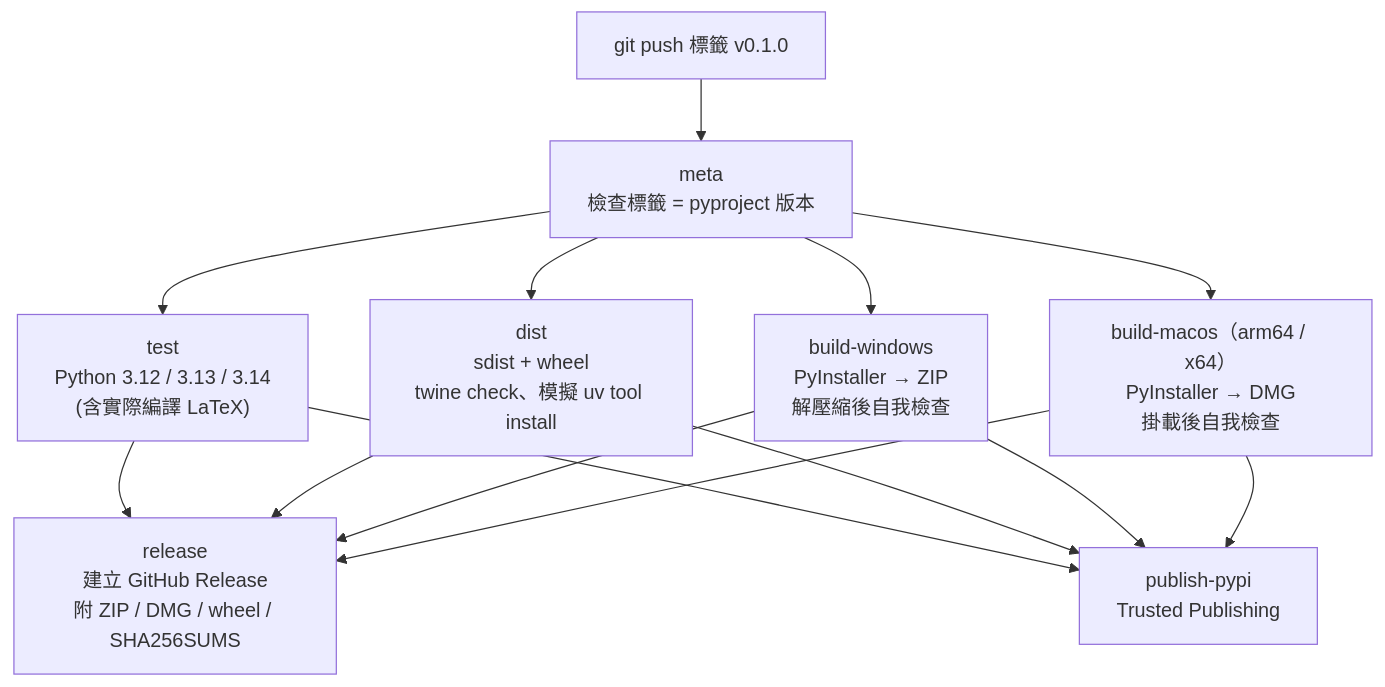
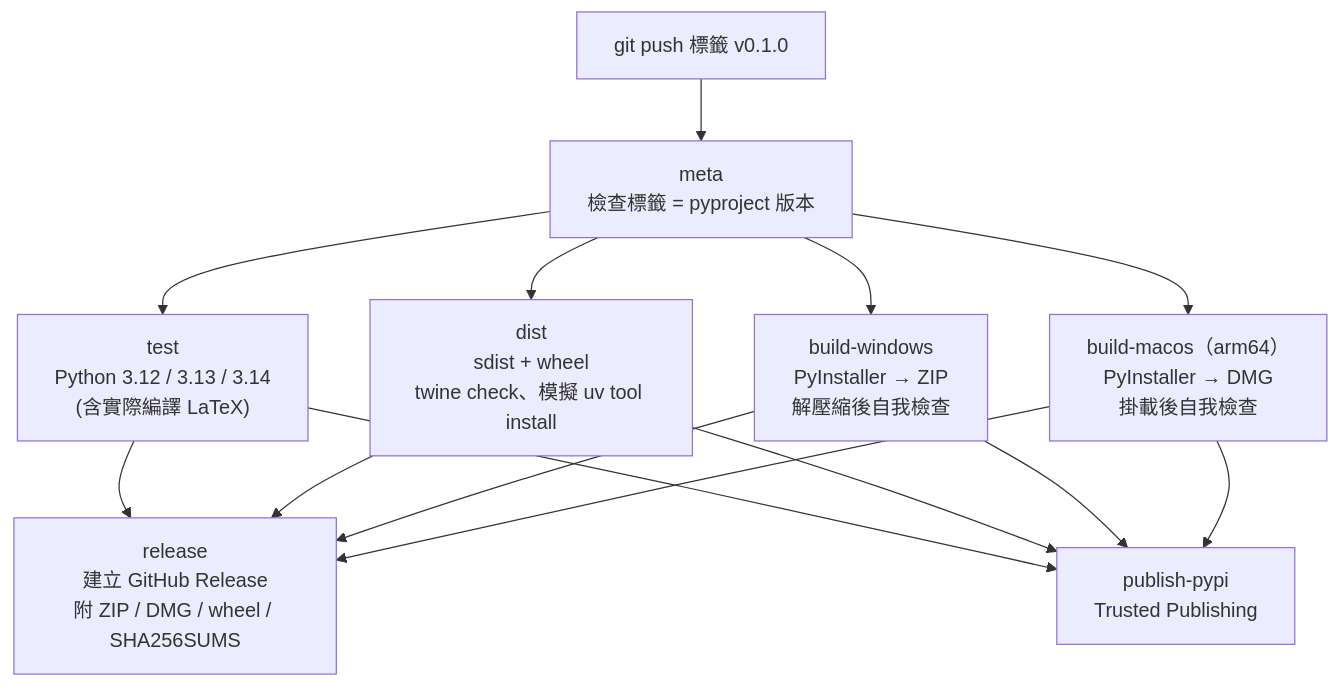
Before and after one commit to codemee/mathtran: the diagram in docs/zh-TW/releasing.md, drawn with Mermaid. The commit also changed other lines of this file and 4 other files, not shown here.

First line of the commit message:
Release only the macOS Apple Silicon (arm64) package from now on

````diff
--- a/docs/zh-TW/releasing.md
+++ b/docs/zh-TW/releasing.md
@@ -9,10 +9,10 @@
 ```mermaid
 flowchart TD
     TAG["git push 標籤 v0.1.0"] --> META["meta<br/>檢查標籤 = pyproject 版本"]
     META --> TEST["test<br/>Python 3.12 / 3.13 / 3.14<br/>(含實際編譯 LaTeX)"]
     META --> DIST["dist<br/>sdist + wheel<br/>twine check、模擬 uv tool install"]
     META --> WIN["build-windows<br/>PyInstaller → ZIP<br/>解壓縮後自我檢查"]
-    META --> MAC["build-macos（arm64 / x64）<br/>PyInstaller → DMG<br/>掛載後自我檢查"]
+    META --> MAC["build-macos（arm64）<br/>PyInstaller → DMG<br/>掛載後自我檢查"]
     TEST & DIST & WIN & MAC --> REL["release<br/>建立 GitHub Release<br/>附 ZIP / DMG / wheel / SHA256SUMS"]
     TEST & DIST & WIN & MAC --> PYPI["publish-pypi<br/>Trusted Publishing"]
 ```
````
